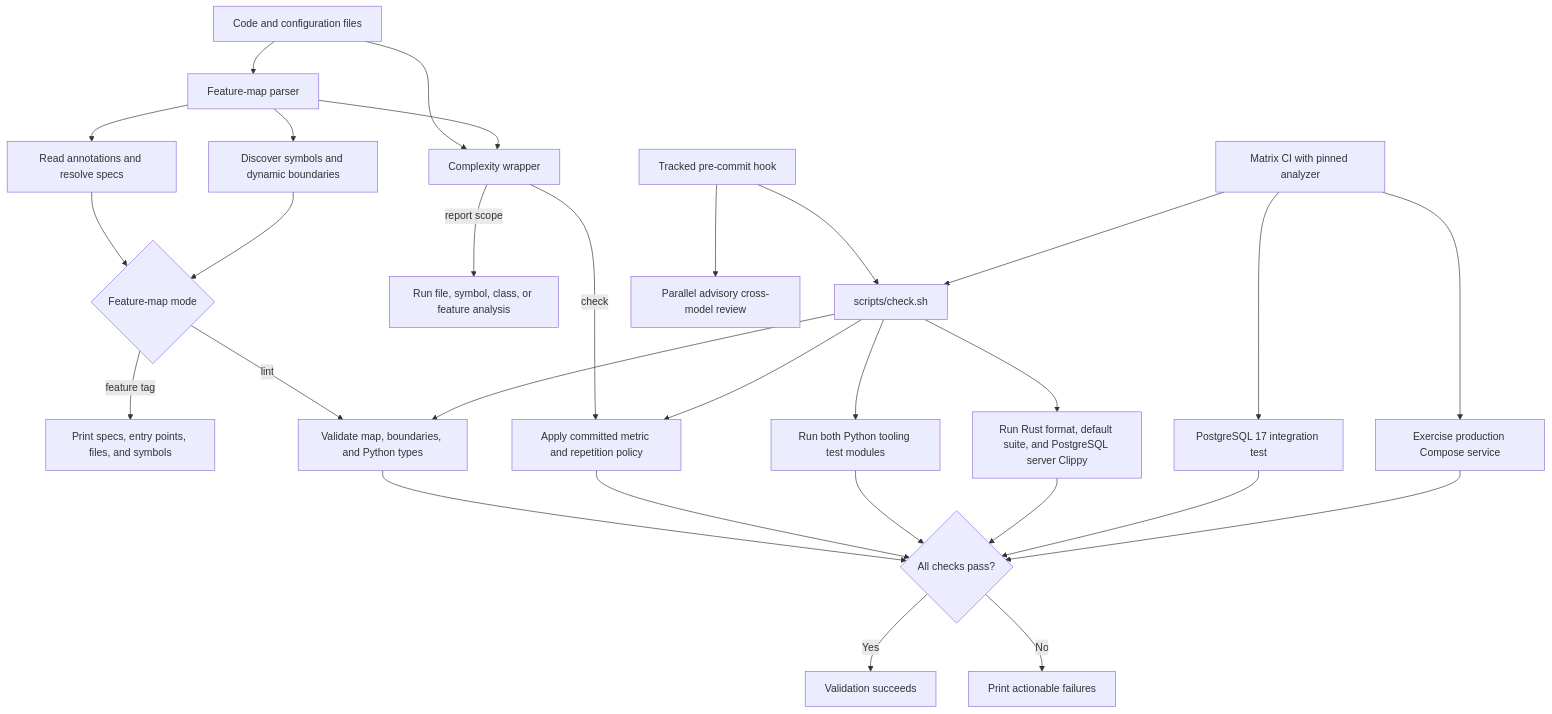
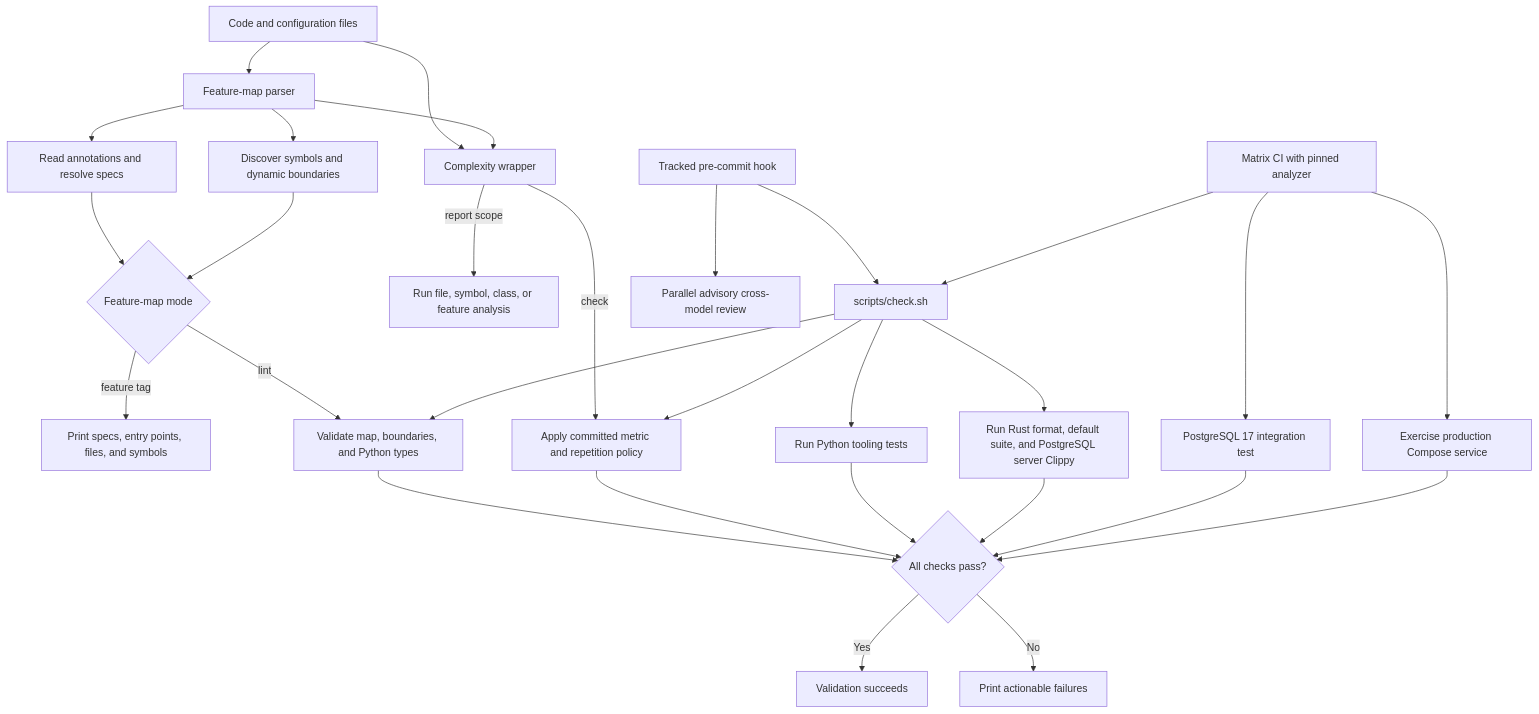
The diagram in docs/features/architecture-tooling.md (warrenronsiek/nexus), drawn with Mermaid before and after one commit. The commit also changed other lines of this file and 25 other files, not shown here.

````diff
--- a/docs/features/architecture-tooling.md
+++ b/docs/features/architecture-tooling.md
@@ -19,31 +19,31 @@
 ```mermaid
 flowchart TD
     A[Code and configuration files] --> B[Feature-map parser]
     B --> C[Read annotations and resolve specs]
     B --> D[Discover symbols and dynamic boundaries]
     C --> E{Feature-map mode}
     D --> E
     E -->|feature tag| F[Print specs, entry points, files, and symbols]
     E -->|lint| G[Validate map, boundaries, and Python types]
     A --> H[Complexity wrapper]
     B --> H
     H -->|report scope| I[Run file, symbol, class, or feature analysis]
     H -->|check| J[Apply committed metric and repetition policy]
     K[scripts/check.sh] --> G
     K --> J
-    K --> L[Run both Python tooling test modules]
+    K --> L[Run Python tooling tests]
     K --> M[Run Rust format, default suite, and PostgreSQL server Clippy]
     N[Tracked pre-commit hook] --> K
     N --> S[Parallel advisory cross-model review]
     O[Matrix CI with pinned analyzer] --> K
     O --> PG[PostgreSQL 17 integration test]
     O --> DI[Exercise production Compose service]
     G --> P{All checks pass?}
     J --> P
     L --> P
     M --> P
     PG --> P
     DI --> P
     P -->|Yes| Q[Validation succeeds]
     P -->|No| R[Print actionable failures]
 ```
````
